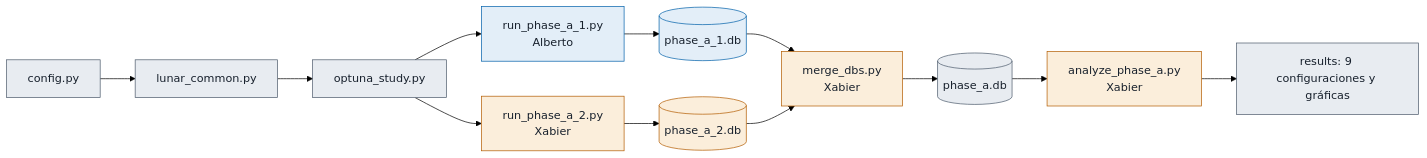
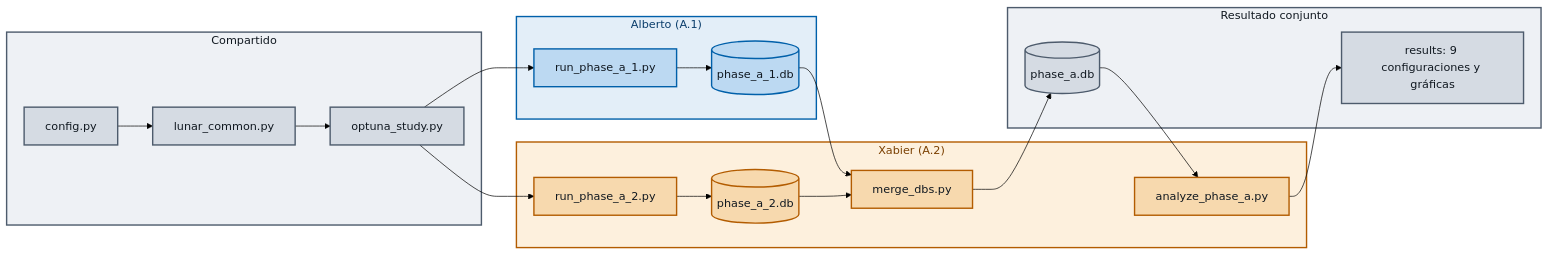
One commit to xabierabadperez/RL-Actividad_01 changed the diagram in ESTADO_EQUIPO.md. Above: the diagram before and after it, drawn with Mermaid (forest theme). The commit also changed other lines of this file, not shown here.

````diff
--- a/ESTADO_EQUIPO.md
+++ b/ESTADO_EQUIPO.md
@@ -80,20 +80,39 @@
 ```mermaid
 flowchart LR
-    C[config.py] --> L[lunar_common.py] --> O[optuna_study.py]
-    O --> R1[run_phase_a_1.py<br/>Alberto]
-    O --> R2[run_phase_a_2.py<br/>Xabier]
-    R1 --> D1[(phase_a_1.db)]
-    R2 --> D2[(phase_a_2.db)]
-    D1 --> M[merge_dbs.py<br/>Xabier]
+    subgraph COMP1[" Compartido "]
+        C[config.py] --> L[lunar_common.py] --> O[optuna_study.py]
+    end
+
+    subgraph ALB[" Alberto (A.1) "]
+        R1[run_phase_a_1.py] --> D1[(phase_a_1.db)]
+    end
+
+    subgraph XAB[" Xabier (A.2) "]
+        R2[run_phase_a_2.py] --> D2[(phase_a_2.db)]
+        M[merge_dbs.py]
+        A[analyze_phase_a.py]
+    end
+
+    subgraph COMP2[" Resultado conjunto "]
+        D[(phase_a.db)]
+        Z[results: 9 configuraciones y gráficas]
+    end
+
+    O --> R1
+    O --> R2
+    D1 --> M
     D2 --> M
-    M --> D[(phase_a.db)]
-    D --> A[analyze_phase_a.py<br/>Xabier]
-    A --> Z[results: 9 configuraciones y gráficas]
+    M --> D --> A --> Z
 
-    classDef compartido fill:#e8ecf1,stroke:#4d5b6c,color:#17202c
-    classDef alberto fill:#e3eef8,stroke:#0060aa,color:#17202c
-    classDef xabier fill:#fbeedb,stroke:#b35c00,color:#17202c
+    classDef compartido fill:#d5dbe3,stroke:#4d5b6c,stroke-width:2px,color:#101820
+    classDef alberto fill:#bcd9f2,stroke:#0060aa,stroke-width:2px,color:#101820
+    classDef xabier fill:#f7d9ae,stroke:#b35c00,stroke-width:2px,color:#101820
     class C,L,O,D,Z compartido
     class R1,D1 alberto
     class R2,D2,M,A xabier
+
+    style COMP1 fill:#eef1f5,stroke:#4d5b6c,stroke-width:2px,color:#101820
+    style ALB fill:#e3eef8,stroke:#0060aa,stroke-width:2px,color:#0a3d6b
+    style XAB fill:#fdf0dd,stroke:#b35c00,stroke-width:2px,color:#7a3f00
+    style COMP2 fill:#eef1f5,stroke:#4d5b6c,stroke-width:2px,color:#101820
 ```
````
